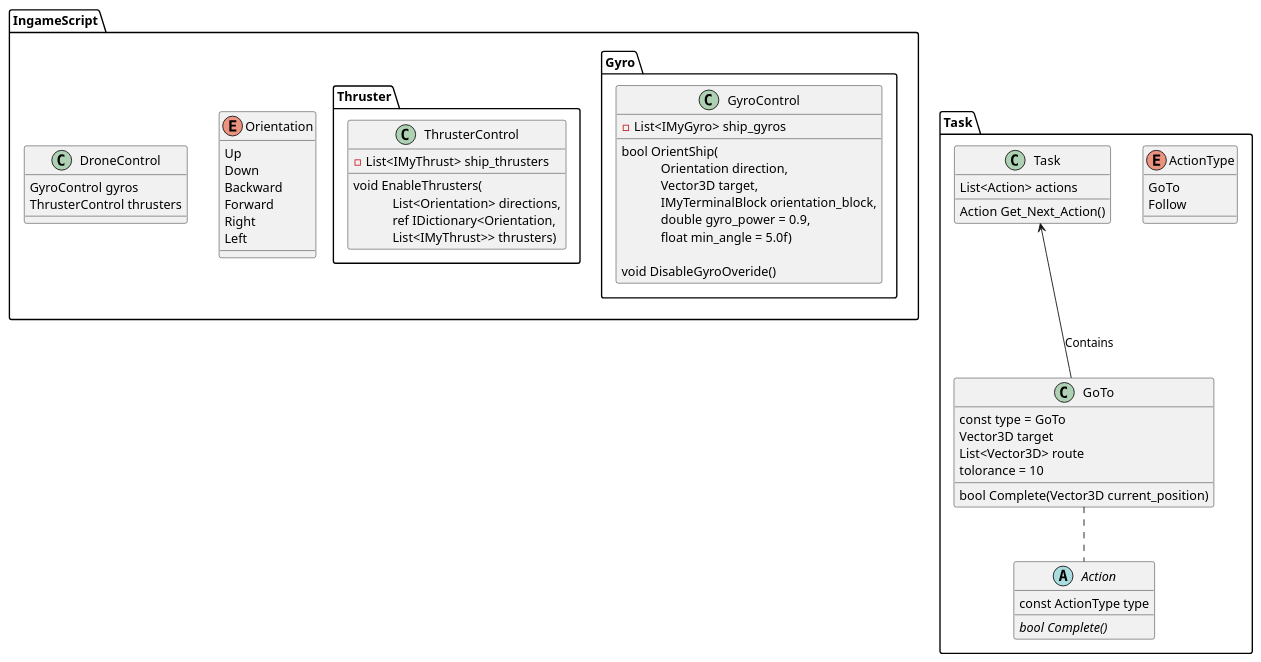
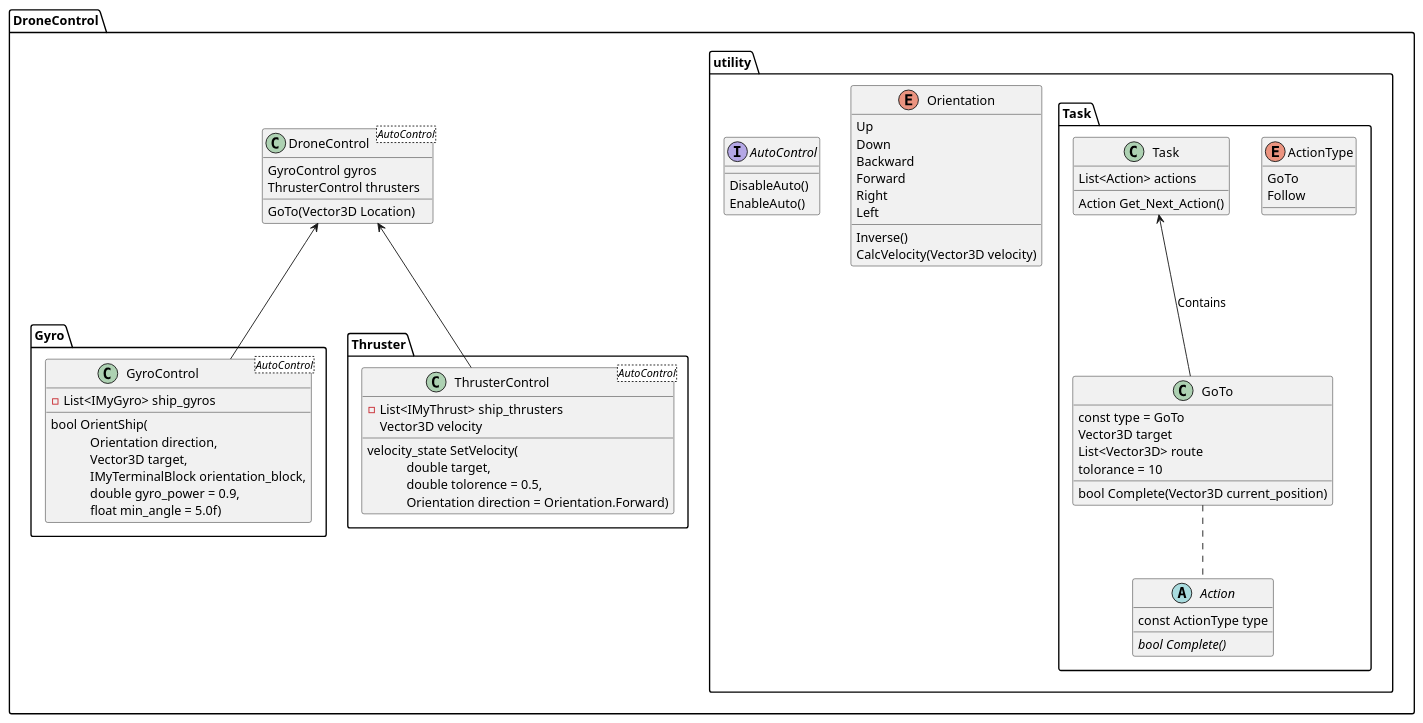
The diagram in DroneControl/SpecDiagram.pu (jacob7395/DroneControl), drawn with PlantUML before and after one commit. The commit also changed 6 other files, not shown here.

```diff
--- a/DroneControl/SpecDiagram.pu
+++ b/DroneControl/SpecDiagram.pu
@@ -1,74 +1,90 @@
-package IngameScript {
-    enum Orientation {
-        Up
-        Down
-        Backward
-        Forward
-        Right
-        Left
+package DroneControl {
+
+    package utility {
+        enum Orientation {
+            Up
+            Down
+            Backward
+            Forward
+            Right
+            Left
+
+            Inverse()
+            CalcVelocity(Vector3D velocity)
+        }
+
+        interface AutoControl {
+            DisableAuto()
+            EnableAuto()
+        }
+
+        package Task {
+
+            enum ActionType {
+                GoTo
+                Follow
+            }
+
+            abstract Action {
+                const ActionType type
+
+                {abstract} bool Complete()
+            }
+
+            class GoTo {
+                const type = GoTo
+                Vector3D target
+                List<Vector3D> route
+                tolorance = 10
+
+                bool Complete(Vector3D current_position)
+            }
+
+            GoTo .. Action
+
+            class Task {
+                List<Action> actions
+
+                Action Get_Next_Action()
+            }
+
+            Task <-- GoTo : Contains
+        }
     }
 
     package Gyro {
-        class GyroControl {
+        class GyroControl <AutoControl>{
             -List<IMyGyro> ship_gyros
 
             bool OrientShip(\n\
             Orientation direction,\n\
             Vector3D target,\n\
             IMyTerminalBlock orientation_block,\n\
             double gyro_power = 0.9,\n\
             float min_angle = 5.0f)
 
-            void DisableGyroOveride()
         }
     }
 
     package Thruster {
-        class ThrusterControl {
+        class ThrusterControl <AutoControl>{
             -List<IMyThrust> ship_thrusters
+            Vector3D velocity
 
-            void EnableThrusters(\n\
-            List<Orientation> directions,\n\
-            ref IDictionary<Orientation,\n\
-            List<IMyThrust>> thrusters)
+            velocity_state SetVelocity(\n\
+            double target,\n\
+            double tolorence = 0.5,\n\
+            Orientation direction = Orientation.Forward)
         }
     }
 
-    class DroneControl {
+    class DroneControl <AutoControl>{
         GyroControl gyros
         ThrusterControl thrusters
-    }
-}
 
-package Task {
-
-    enum ActionType {
-        GoTo
-        Follow
+        GoTo(Vector3D Location)
     }
 
-    abstract Action {
-        const ActionType type
-
-        {abstract} bool Complete()
-    }
-
-    class GoTo {
-        const type = GoTo
-        Vector3D target
-        List<Vector3D> route
-        tolorance = 10
-
-        bool Complete(Vector3D current_position)
-    }
-
-    GoTo .. Action
-
-    class Task {
-        List<Action> actions
-
-        Action Get_Next_Action()
-    }
-
-    Task <-- GoTo : Contains
+    DroneControl <-- ThrusterControl
+    DroneControl <-- GyroControl
 }
```
